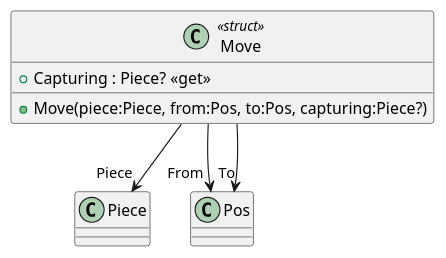
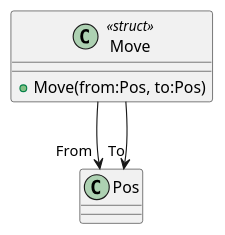
One commit to jk-ba/Chess changed the diagram in plantuml/Move.puml. Above: the diagram before and after it, drawn with PlantUML. The commit also changed 3 other files, not shown here.

```diff
--- a/plantuml/Move.puml
+++ b/plantuml/Move.puml
@@ -1,9 +1,7 @@
 @startuml
 class Move <<struct>> {
-    + Move(piece:Piece, from:Pos, to:Pos, capturing:Piece?)
-    + Capturing : Piece? <<get>>
+    + Move(from:Pos, to:Pos)
 }
-Move --> "Piece" Piece
 Move --> "From" Pos
 Move --> "To" Pos
 @enduml
```
